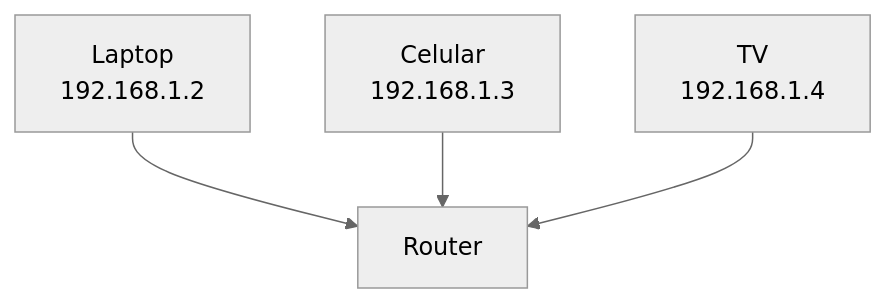
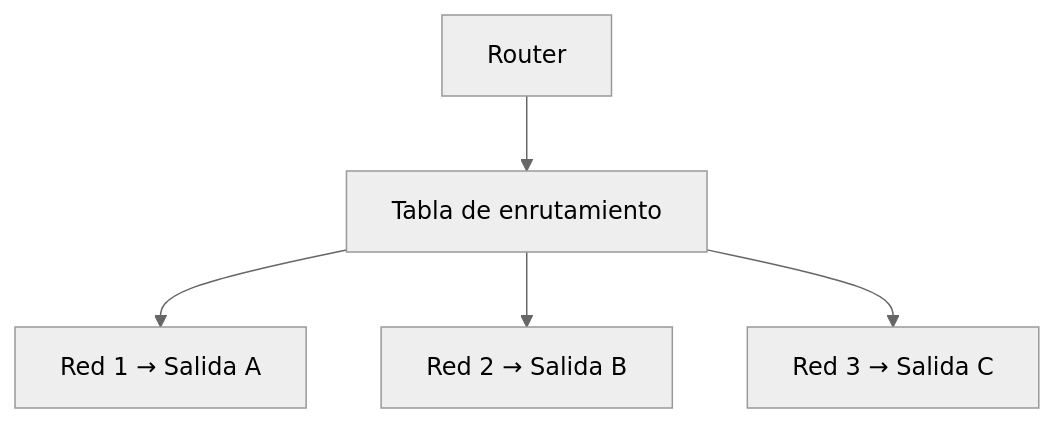
One commit to Oscar-Poski/heka-it changed the fifth of 10 diagrams in src/content/lessons/fundamentos-it/redes-desde-cero/intro-ip/02-intro-ip.md. Above: the diagram before and after it, drawn with Mermaid (neutral theme). The commit also changed other lines of this file and 63 other files, not shown here.

````diff
--- a/src/content/lessons/fundamentos-it/redes-desde-cero/intro-ip/02-intro-ip.md
+++ b/src/content/lessons/fundamentos-it/redes-desde-cero/intro-ip/02-intro-ip.md
@@ -47,7 +111,9 @@
 ```mermaid
 flowchart TD
-  R["Router"]
-  A["Laptop\n192.168.1.2"] --> R
-  B["Celular\n192.168.1.3"] --> R
-  C["TV\n192.168.1.4"] --> R
+    R[Router]
+    R --> T[Tabla de enrutamiento]
+
+    T --> N1[Red 1 → Salida A]
+    T --> N2[Red 2 → Salida B]
+    T --> N3[Red 3 → Salida C]
 ```
````
